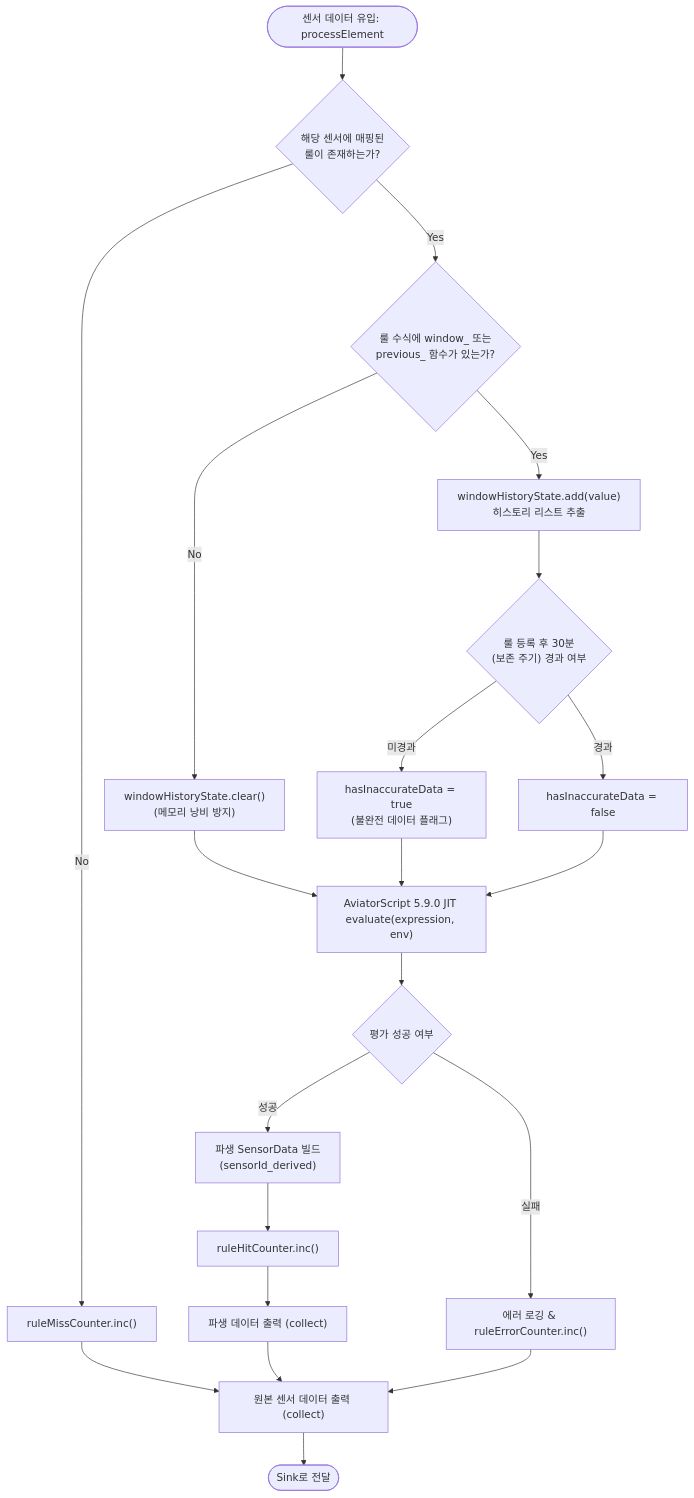
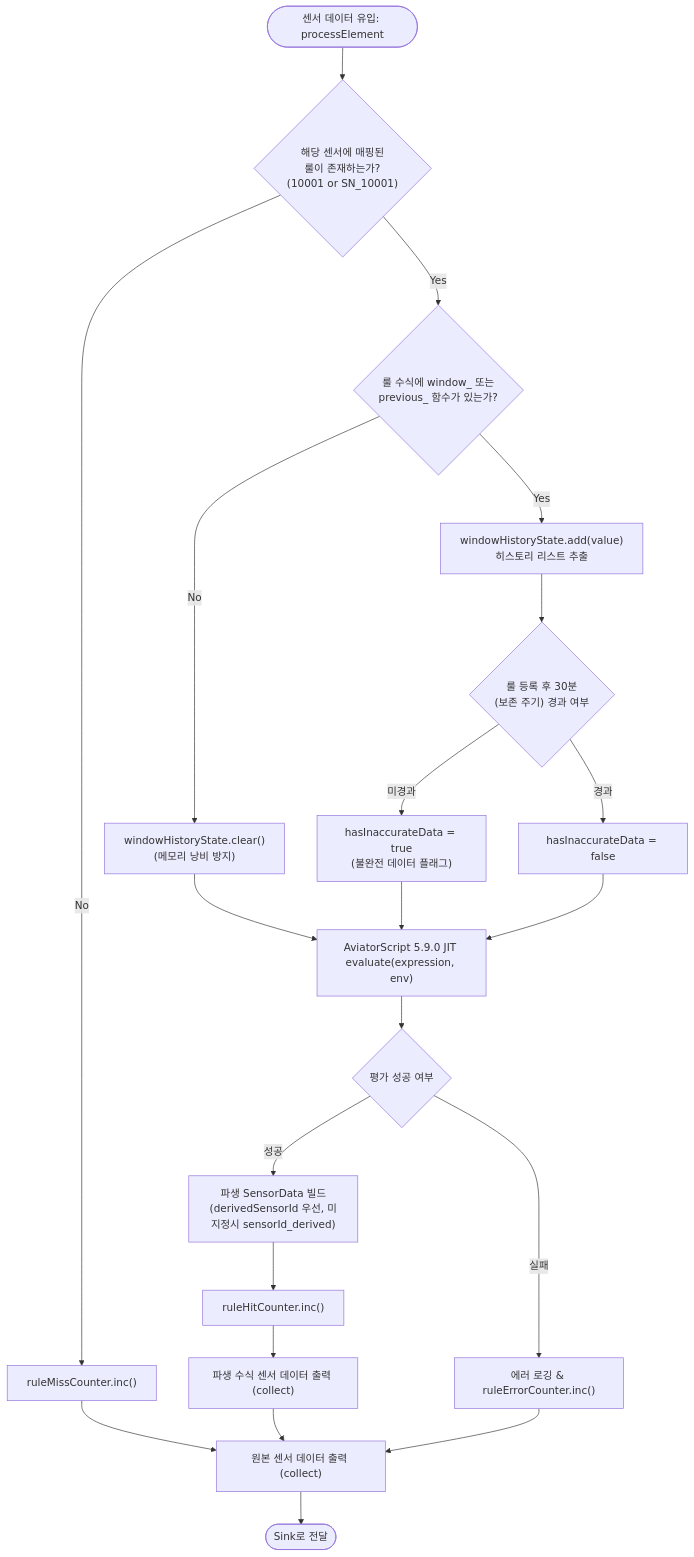
Before and after one commit to imoil/formula-evaluator-service: the second of 2 diagrams in docs/STREAMING_EVALUATOR_GUIDE.md, drawn with Mermaid. The commit also changed other lines of this file and 6 other files, not shown here.

Commit message:
docs: update architecture, streaming, and frontend guides for unified sensor registry and oracle 19c

````diff
--- a/docs/STREAMING_EVALUATOR_GUIDE.md
+++ b/docs/STREAMING_EVALUATOR_GUIDE.md
@@ -95,31 +97,31 @@
 ```mermaid
 flowchart TD
-    Start([센서 데이터 유입: processElement]) --> CheckRule{"해당 센서에 매핑된<br/>룰이 존재하는가?"}
+    Start(["센서 데이터 유입: processElement"]) --> CheckRule{"해당 센서에 매핑된<br/>룰이 존재하는가?<br/>(10001 or SN_10001)"}
     
     CheckRule -->|No| IncMiss["ruleMissCounter.inc()"] --> EmitRaw["원본 센서 데이터 출력 (collect)"]
     
     CheckRule -->|Yes| CheckWindow{"룰 수식에 window_ 또는<br/>previous_ 함수가 있는가?"}
     
     CheckWindow -->|Yes| UpdateHistory["windowHistoryState.add(value)<br/>히스토리 리스트 추출"]
     CheckWindow -->|No| ClearHistory["windowHistoryState.clear()<br/>(메모리 낭비 방지)"]
     
     UpdateHistory --> CheckTTL{"룰 등록 후 30분<br/>(보존 주기) 경과 여부"}
     CheckTTL -->|미경과| MarkInaccurate["hasInaccurateData = true<br/>(불완전 데이터 플래그)"]
     CheckTTL -->|경과| MarkAccurate["hasInaccurateData = false"]
     
     ClearHistory --> EvalStep
     MarkInaccurate --> EvalStep
     MarkAccurate --> EvalStep
     
     EvalStep["AviatorScript 5.9.0 JIT evaluate(expression, env)"] --> CheckEval{"평가 성공 여부"}
     
-    CheckEval -->|성공| MakeDerived["파생 SensorData 빌드<br/>(sensorId_derived)"]
+    CheckEval -->|성공| MakeDerived["파생 SensorData 빌드<br/>(derivedSensorId 우선, 미지정시 sensorId_derived)"]
     MakeDerived --> IncHit["ruleHitCounter.inc()"]
-    IncHit --> EmitDerived["파생 데이터 출력 (collect)"]
+    IncHit --> EmitDerived["파생 수식 센서 데이터 출력 (collect)"]
     
     CheckEval -->|실패| LogErr["에러 로깅 & ruleErrorCounter.inc()"]
     
     EmitDerived --> EmitRaw
     LogErr --> EmitRaw
     EmitRaw --> End([Sink로 전달])
 ```
````
